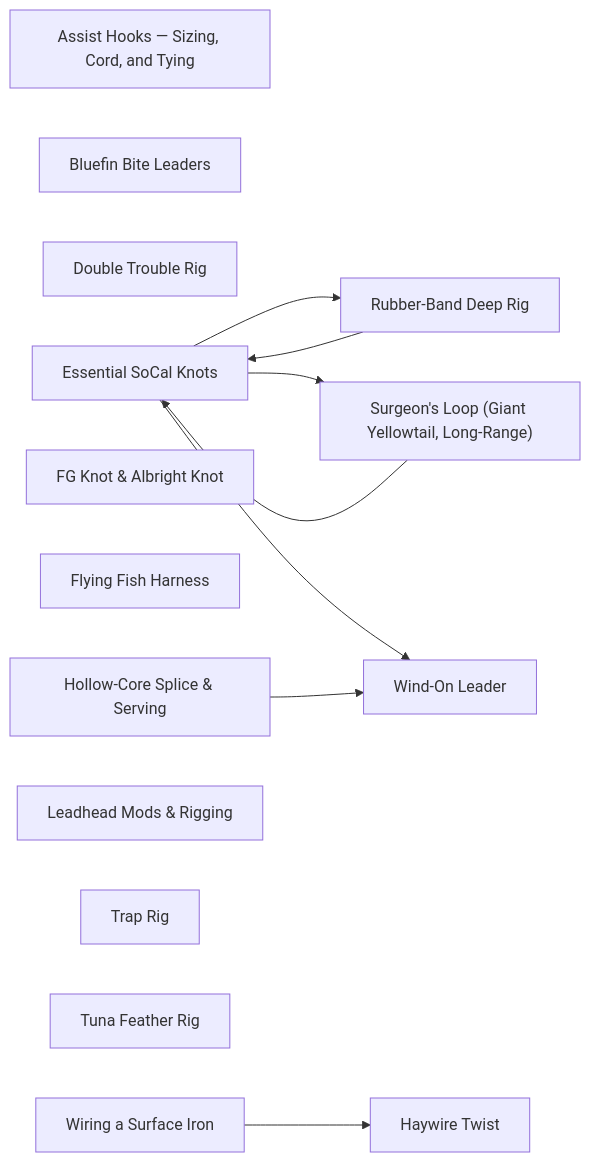
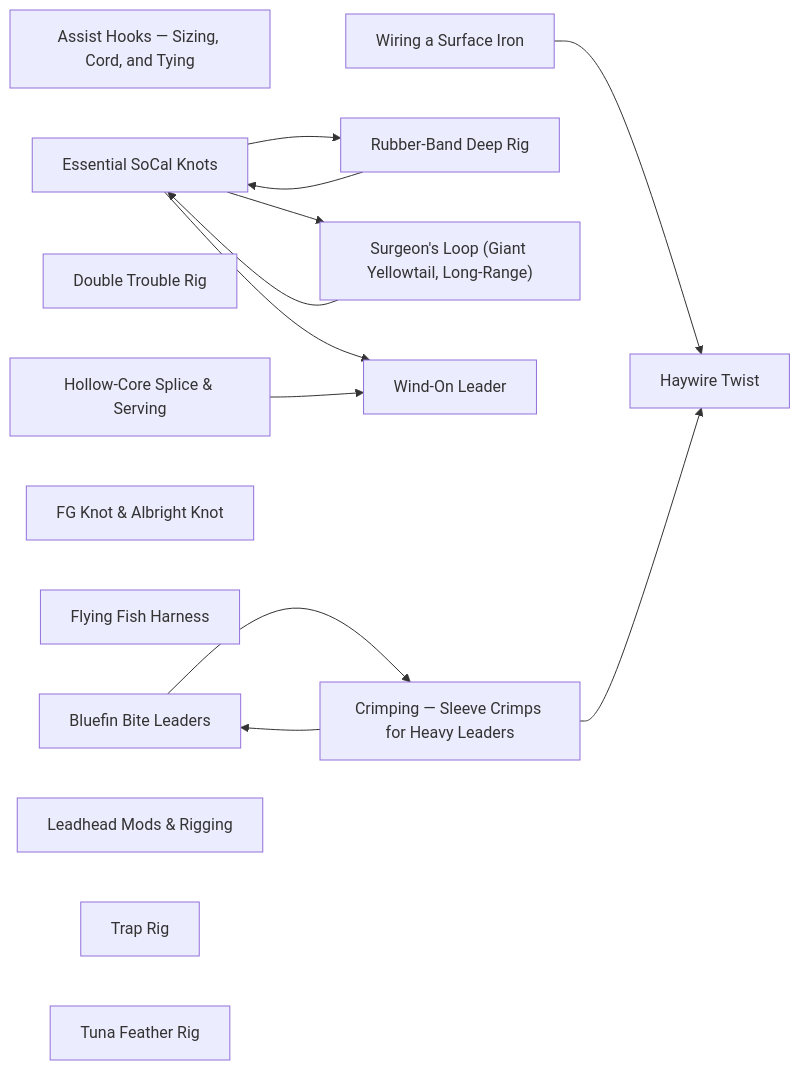
One commit to camchuckpete-max/Socal-Fishing-Knowledge changed the diagram in rigging/README.md. Above: the diagram before and after it, drawn with Mermaid. The commit also changed other lines of this file and 4 other files, not shown here.

````diff
--- a/rigging/README.md
+++ b/rigging/README.md
@@ -28,25 +29,29 @@
 ```mermaid
 graph LR
   n0["Assist Hooks — Sizing, Cord, and Tying"]
   n1["Bluefin Bite Leaders"]
-  n2["Double Trouble Rig"]
-  n3["Essential SoCal Knots"]
-  n4["FG Knot & Albright Knot"]
-  n5["Flying Fish Harness"]
-  n6["Haywire Twist"]
-  n7["Hollow-Core Splice & Serving"]
-  n8["Leadhead Mods & Rigging"]
-  n9["Rubber-Band Deep Rig"]
-  n10["Surgeon's Loop (Giant Yellowtail, Long-Range)"]
-  n11["Trap Rig"]
-  n12["Tuna Feather Rig"]
-  n13["Wind-On Leader"]
-  n14["Wiring a Surface Iron"]
-  n10 --> n3
-  n14 --> n6
-  n3 --> n10
-  n3 --> n13
-  n3 --> n9
-  n7 --> n13
-  n9 --> n3
+  n2["Crimping — Sleeve Crimps for Heavy Leaders"]
+  n3["Double Trouble Rig"]
+  n4["Essential SoCal Knots"]
+  n5["FG Knot & Albright Knot"]
+  n6["Flying Fish Harness"]
+  n7["Haywire Twist"]
+  n8["Hollow-Core Splice & Serving"]
+  n9["Leadhead Mods & Rigging"]
+  n10["Rubber-Band Deep Rig"]
+  n11["Surgeon's Loop (Giant Yellowtail, Long-Range)"]
+  n12["Trap Rig"]
+  n13["Tuna Feather Rig"]
+  n14["Wind-On Leader"]
+  n15["Wiring a Surface Iron"]
+  n1 --> n2
+  n10 --> n4
+  n11 --> n4
+  n15 --> n7
+  n2 --> n1
+  n2 --> n7
+  n4 --> n10
+  n4 --> n11
+  n4 --> n14
+  n8 --> n14
 ```
````
